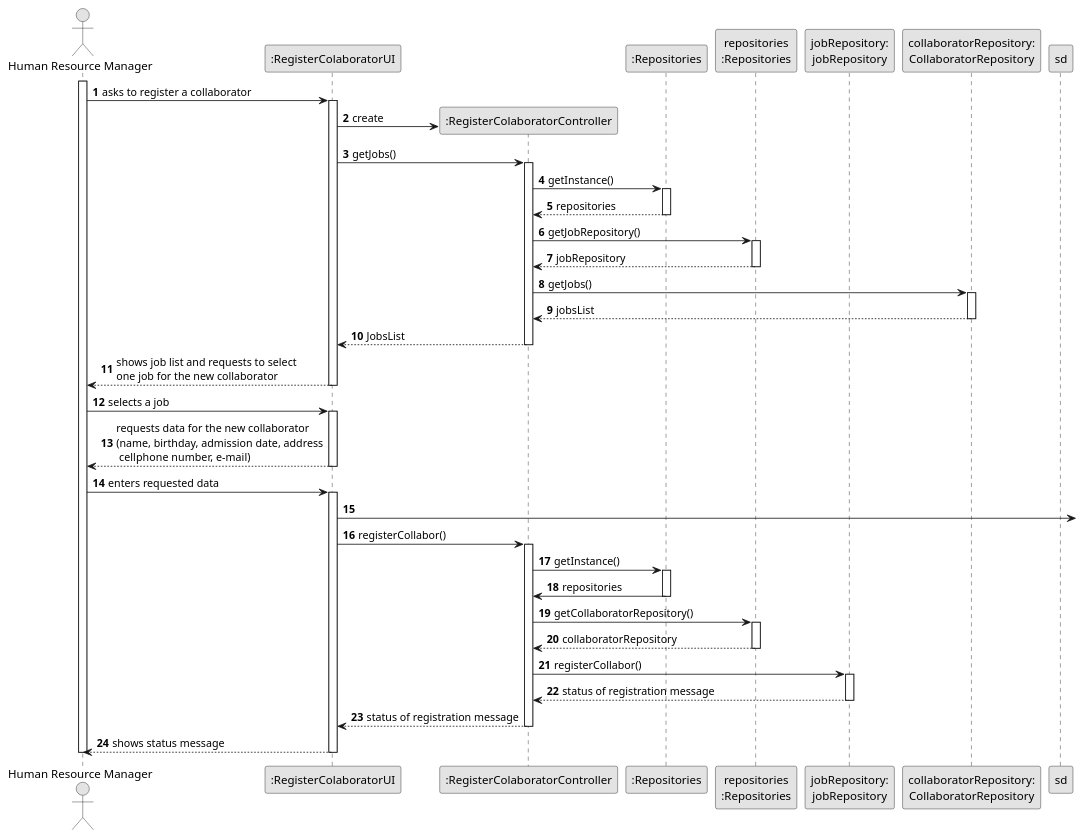
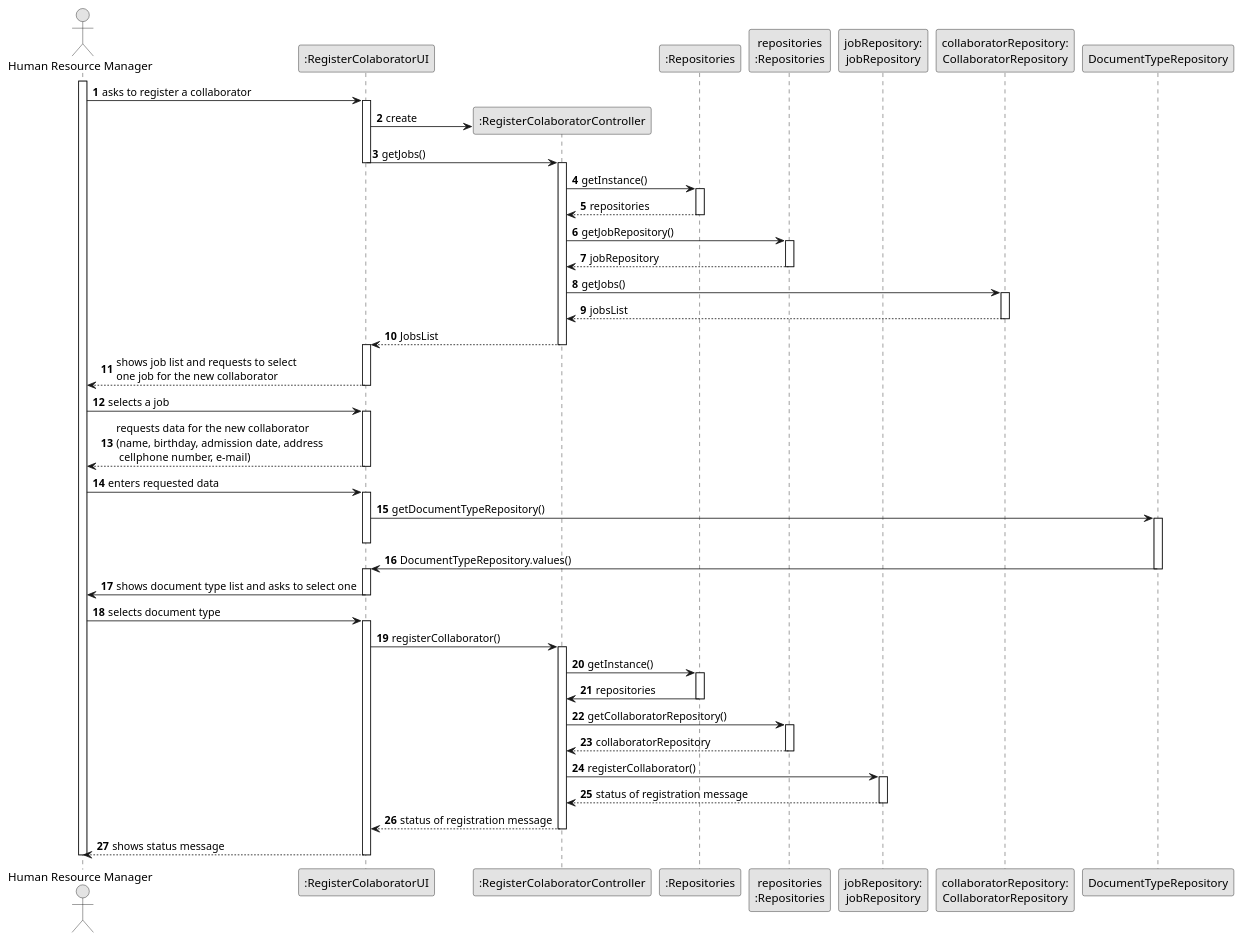
One commit to Departamento-de-Engenharia-Informatica/lei-24-s2-1do-g164 changed the diagram in docs/sprintB/us003/03.design/puml/us003-sequence-diagram-fullv2.puml. Above: the diagram before and after it, drawn with PlantUML. The commit also changed 1 other file, not shown here.

Commit message:
US003(docs): SD Diagram update

```diff
--- a/docs/sprintB/us003/03.design/puml/us003-sequence-diagram-fullv2.puml
+++ b/docs/sprintB/us003/03.design/puml/us003-sequence-diagram-fullv2.puml
@@ -1,87 +1,100 @@
 @startuml
 skinparam monochrome true
 skinparam packageStyle rectangle
     skinparam shadowing false
 
     autonumber
 
     'hide footbox
     actor "Human Resource Manager" as HRM
     participant ":RegisterColaboratorUI" as UI
     participant ":RegisterColaboratorController" as CTRL
     participant ":Repositories" as RepositorySingleton
     participant "repositories\n:Repositories" as PLAT
     participant "jobRepository:\njobRepository" as SkillRepository
     participant "collaboratorRepository:\nCollaboratorRepository" as collaboratorRepository
-        participant "sd"
+    participant "DocumentTypeRepository" as DocumentTypeRepository
     activate HRM
 
             HRM -> UI : asks to register a collaborator
             activate UI
 
 
     '            UI --> ADM : requests data (reference, description,  informal \n description, technical description, duration, cost)
                 'create CTRL
                 UI -> CTRL** : create
 
                 UI -> CTRL : getJobs()
+                deactivate UI
                 activate CTRL
 
                     CTRL -> RepositorySingleton : getInstance()
                     activate RepositorySingleton
 
                         RepositorySingleton --> CTRL: repositories
                     deactivate RepositorySingleton
 
                     CTRL -> PLAT : getJobRepository()
                     activate PLAT
 
                         PLAT --> CTRL: jobRepository
                     deactivate PLAT
 
                     CTRL -> collaboratorRepository : getJobs()
                     activate collaboratorRepository
 
                         collaboratorRepository--> CTRL : jobsList
                     deactivate collaboratorRepository
 
                     CTRL --> UI : JobsList
+                    deactivate RepositorySingleton
+                    activate UI
                 deactivate CTRL
 
                 UI --> HRM : shows job list and requests to select \none job for the new collaborator
             deactivate UI
 
         HRM -> UI : selects a job
         activate UI
         HRM <-- UI : requests data for the new collaborator \n(name, birthday, admission date, address\n cellphone number, e-mail)
         deactivate UI
         HRM -> UI : enters requested data
         activate UI
-        UI ->
+        UI -> DocumentTypeRepository : getDocumentTypeRepository()
+        activate "DocumentTypeRepository"
+        deactivate UI
+        DocumentTypeRepository -> UI : DocumentTypeRepository.values()
+        deactivate DocumentTypeRepository
+        activate UI
 
-           UI -> CTRL : registerCollabor()
+        UI -> HRM : shows document type list and asks to select one
+        deactivate UI
+        HRM -> UI : selects document type
+        activate UI
+
+           UI -> CTRL : registerCollaborator()
                activate CTRL
                  CTRL -> RepositorySingleton : getInstance()
                  activate RepositorySingleton
                    RepositorySingleton -> CTRL : repositories
                  deactivate RepositorySingleton
 
                  CTRL -> PLAT : getCollaboratorRepository()
                  activate PLAT
                    PLAT --> CTRL : collaboratorRepository
                  deactivate PLAT
 
-                 CTRL -> SkillRepository : registerCollabor()
+                 CTRL -> SkillRepository : registerCollaborator()
                  activate SkillRepository
                    SkillRepository --> CTRL : status of registration message
                  deactivate SkillRepository
                  CTRL --> UI : status of registration message
                deactivate CTRL
 
               UI --> HRM : shows status message
                           deactivate UI
 
 
     deactivate HRM
 
 @enduml
```
